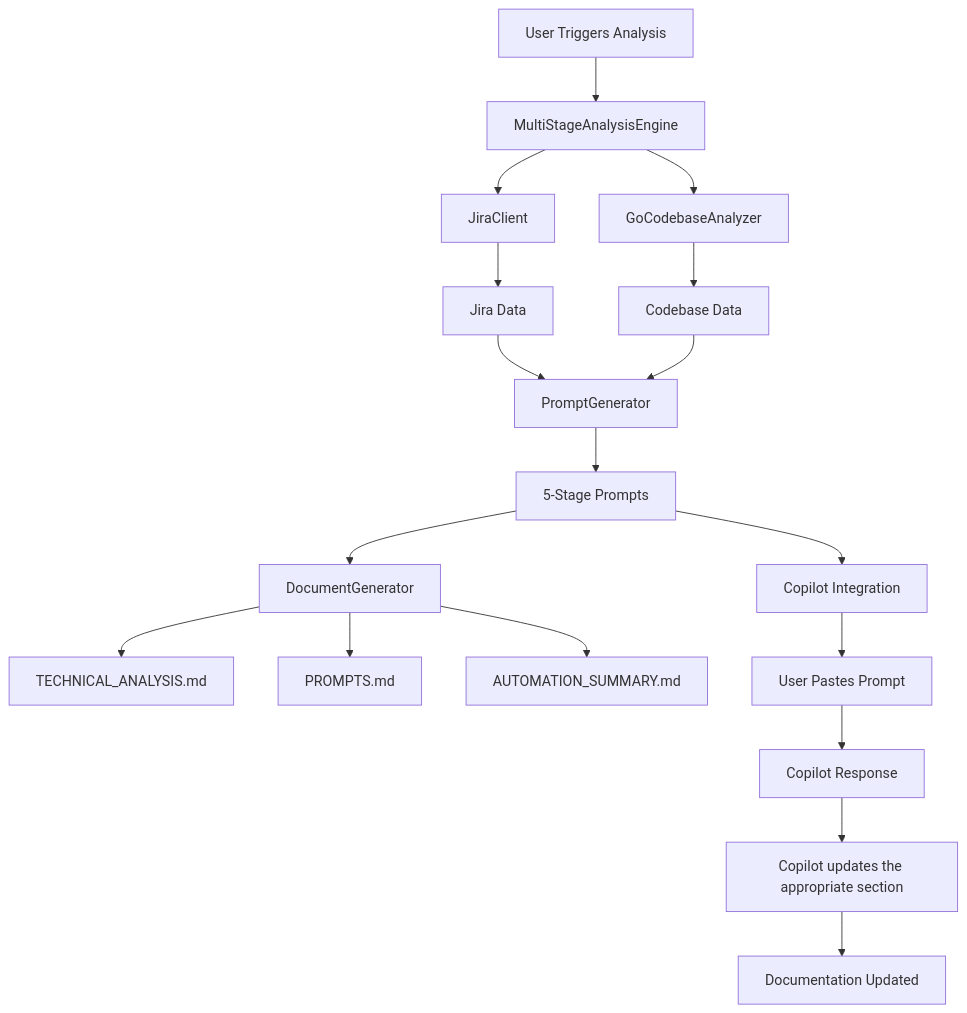
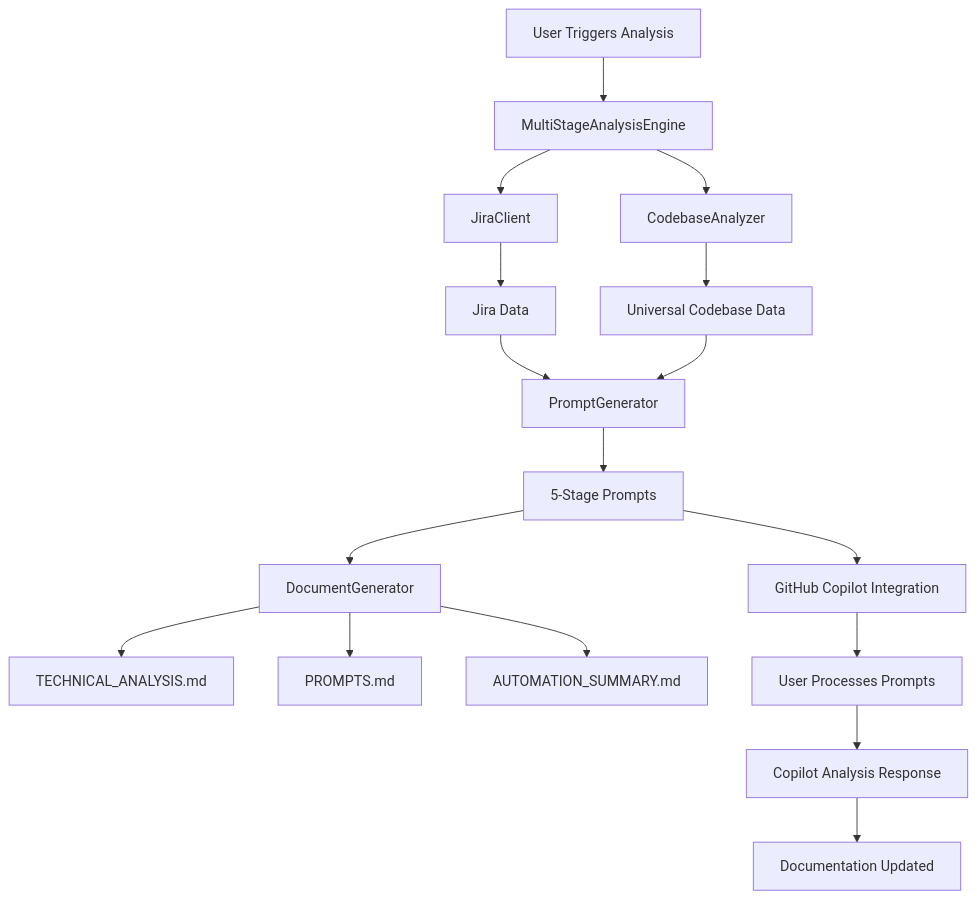
One commit to Srinidhi94/Product-Owner-AI-Agent changed the first of 3 diagrams in docs/ARCHITECTURE.md. Above: the diagram before and after it, drawn with Mermaid. The commit also changed other lines of this file and 31 other files, not shown here.

````diff
--- a/docs/ARCHITECTURE.md
+++ b/docs/ARCHITECTURE.md
@@ -6,20 +22,19 @@
 ```mermaid
 graph TD
     A[User Triggers Analysis] --> B[MultiStageAnalysisEngine]
     B --> C[JiraClient]
-    B --> D[GoCodebaseAnalyzer]
+    B --> D[CodebaseAnalyzer]
     C --> E[Jira Data]
-    D --> F[Codebase Data]
+    D --> F[Universal Codebase Data]
     E --> G[PromptGenerator]
     F --> G
     G --> H[5-Stage Prompts]
     H --> I[DocumentGenerator]
     I --> J[TECHNICAL_ANALYSIS.md]
     I --> K[PROMPTS.md]
     I --> L[AUTOMATION_SUMMARY.md]
-    H --> M[Copilot Integration]
-    M --> N[User Pastes Prompt]
-    N --> O[Copilot Response]
-    O --> P[Copilot updates the appropriate section]
-    P --> Q[Documentation Updated]
+    H --> M[GitHub Copilot Integration]
+    M --> N[User Processes Prompts]
+    N --> O[Copilot Analysis Response]
+    O --> P[Documentation Updated]
 ```
````
